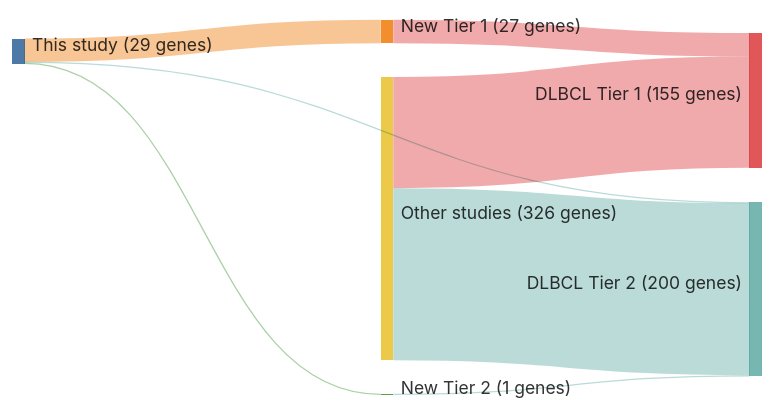
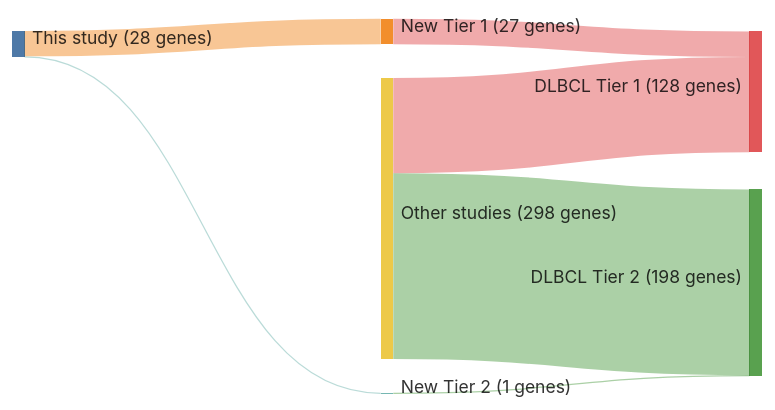
Before and after one commit to morinlab/lymphopedia: the diagram in papers/morinFrequentMutationHistonemodifying2011.md, drawn with Mermaid. The commit also changed 81 other files, not shown here.

````diff
--- a/papers/morinFrequentMutationHistonemodifying2011.md
+++ b/papers/morinFrequentMutationHistonemodifying2011.md
@@ -13,21 +13,20 @@
 ```mermaid
 ---
 config:
     sankey:
         showValues: true
         linkColor: target
         width: 600
         height: 300
         nodeAlignment: right
         prefix: '('
         suffix: ' genes)'
 ---
 sankey-beta
 This study, New Tier 1, 27
 New Tier 1, DLBCL Tier 1, 27
-This study, DLBCL Tier 2, 1
 This study, New Tier 2, 1
 New Tier 2, DLBCL Tier 2, 1
-Other studies, DLBCL Tier 1, 128
-Other studies, DLBCL Tier 2, 198
+Other studies, DLBCL Tier 1, 101
+Other studies, DLBCL Tier 2, 197
 ```
````
